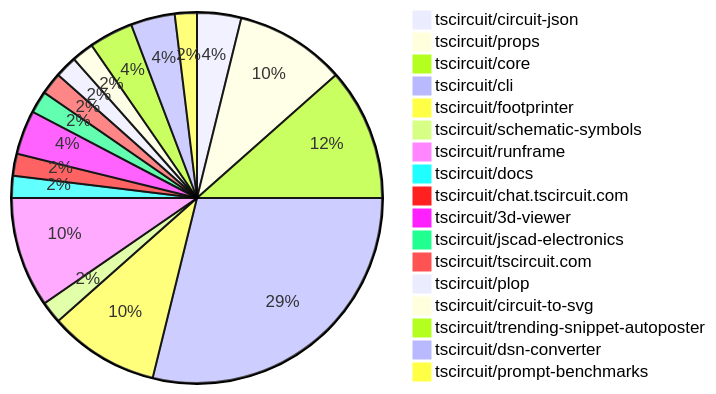
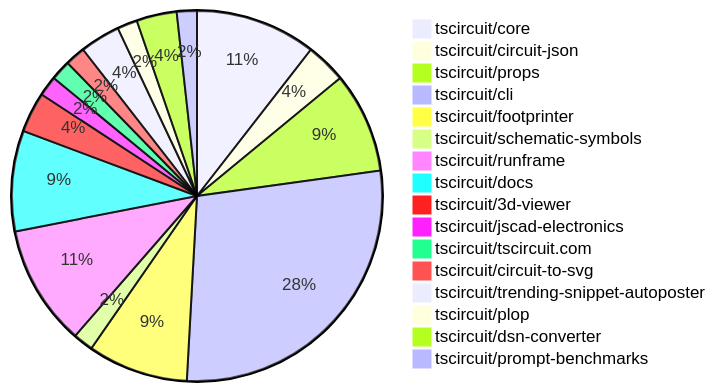
One commit to tscircuit/contribution-tracker changed the diagram in README.md. Above: the diagram before and after it, drawn with Mermaid. The commit also changed other lines of this file and 2 other files, not shown here.

````diff
--- a/README.md
+++ b/README.md
@@ -24,20 +24,19 @@
 ```mermaid
 pie
+    "tscircuit/core" : 6
     "tscircuit/circuit-json" : 2
     "tscircuit/props" : 5
-    "tscircuit/core" : 6
-    "tscircuit/cli" : 15
+    "tscircuit/cli" : 16
     "tscircuit/footprinter" : 5
     "tscircuit/schematic-symbols" : 1
-    "tscircuit/runframe" : 5
-    "tscircuit/docs" : 1
-    "tscircuit/chat.tscircuit.com" : 1
+    "tscircuit/runframe" : 6
+    "tscircuit/docs" : 5
     "tscircuit/3d-viewer" : 2
     "tscircuit/jscad-electronics" : 1
     "tscircuit/tscircuit.com" : 1
-    "tscircuit/plop" : 1
     "tscircuit/circuit-to-svg" : 1
     "tscircuit/trending-snippet-autoposter" : 2
+    "tscircuit/plop" : 1
     "tscircuit/dsn-converter" : 2
     "tscircuit/prompt-benchmarks" : 1
 ```
````
